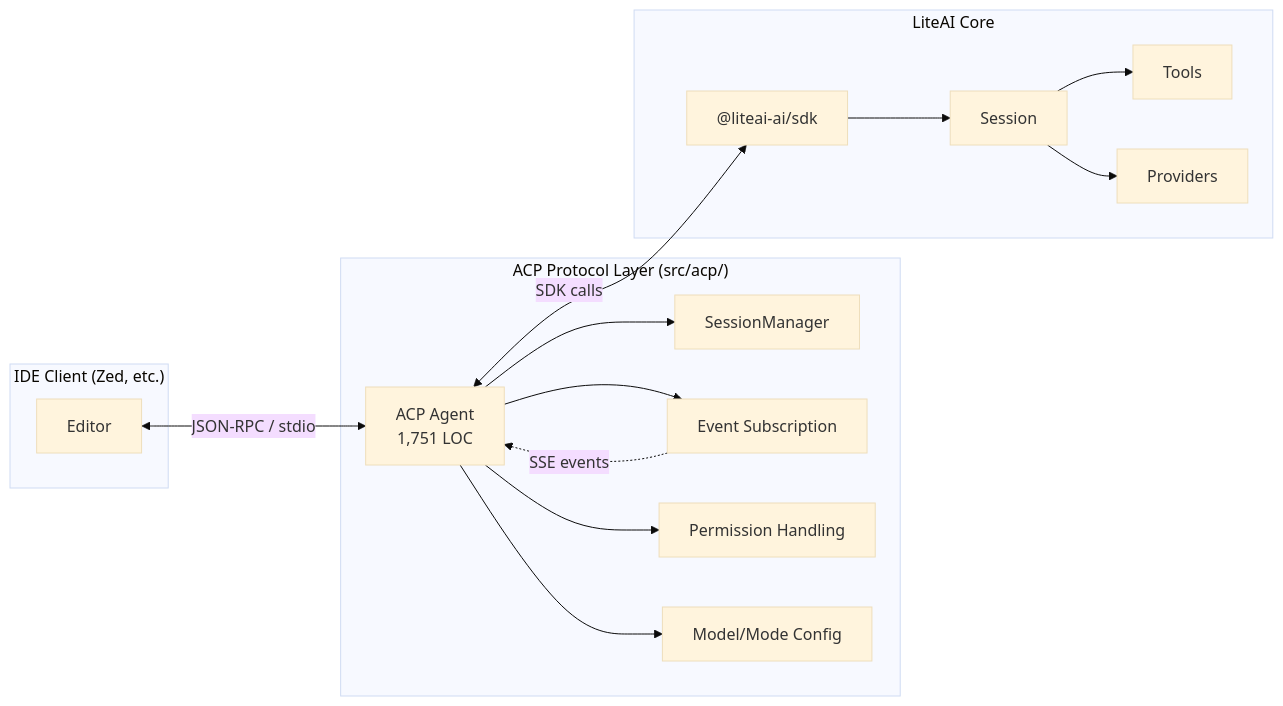
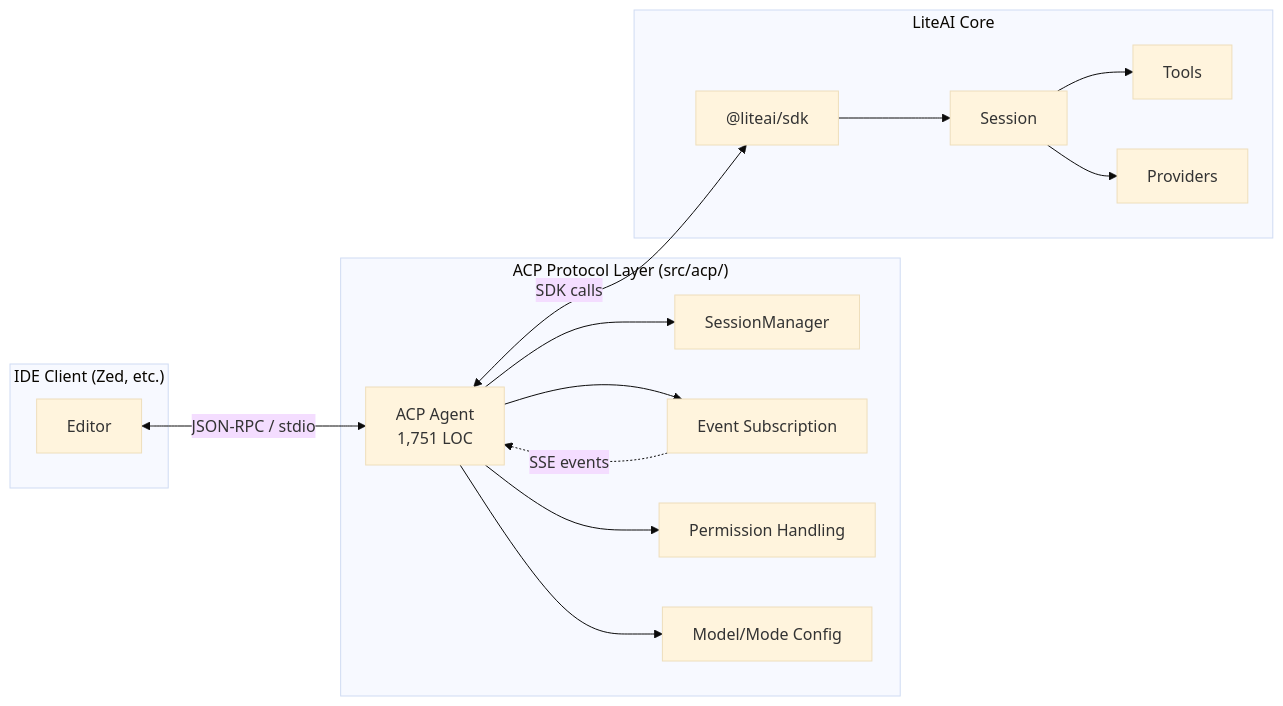
One commit to liteaiagent/liteai changed the second of 3 diagrams in packages/core/docs/todo/agents/agent_comparison.md. Above: the diagram before and after it, drawn with Mermaid (base theme). The commit also changed 148 other files, not shown here.

Commit message:
rename liteai-sdk to sdk

````diff
--- a/packages/core/docs/todo/agents/agent_comparison.md
+++ b/packages/core/docs/todo/agents/agent_comparison.md
@@ -40,23 +40,23 @@
 ```mermaid
 graph LR
   subgraph IDE ["IDE Client (Zed, etc.)"]
     Z["Editor"]
   end
 
   subgraph ACP ["ACP Protocol Layer (src/acp/)"]
     AG["ACP Agent\n1,751 LOC"] --> SM["SessionManager"]
     AG --> EV["Event Subscription"]
     AG --> PM["Permission Handling"]
     AG --> MC["Model/Mode Config"]
   end
 
   subgraph Core ["LiteAI Core"]
-    SDK["@liteai-ai/sdk"] --> S["Session"]
+    SDK["@liteai/sdk"] --> S["Session"]
     S --> T["Tools"]
     S --> P["Providers"]
   end
 
   Z <-->|"JSON-RPC / stdio"| AG
   AG <-->|"SDK calls"| SDK
   EV -.->|"SSE events"| AG
 ```
````
